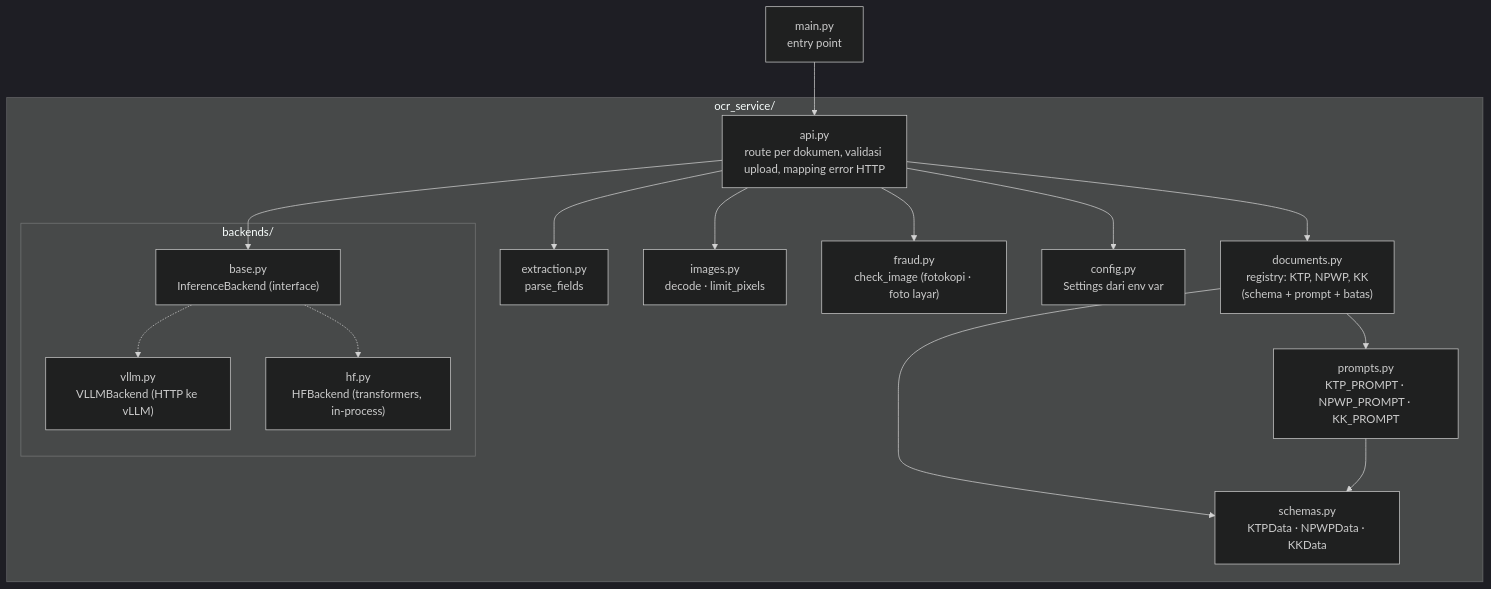
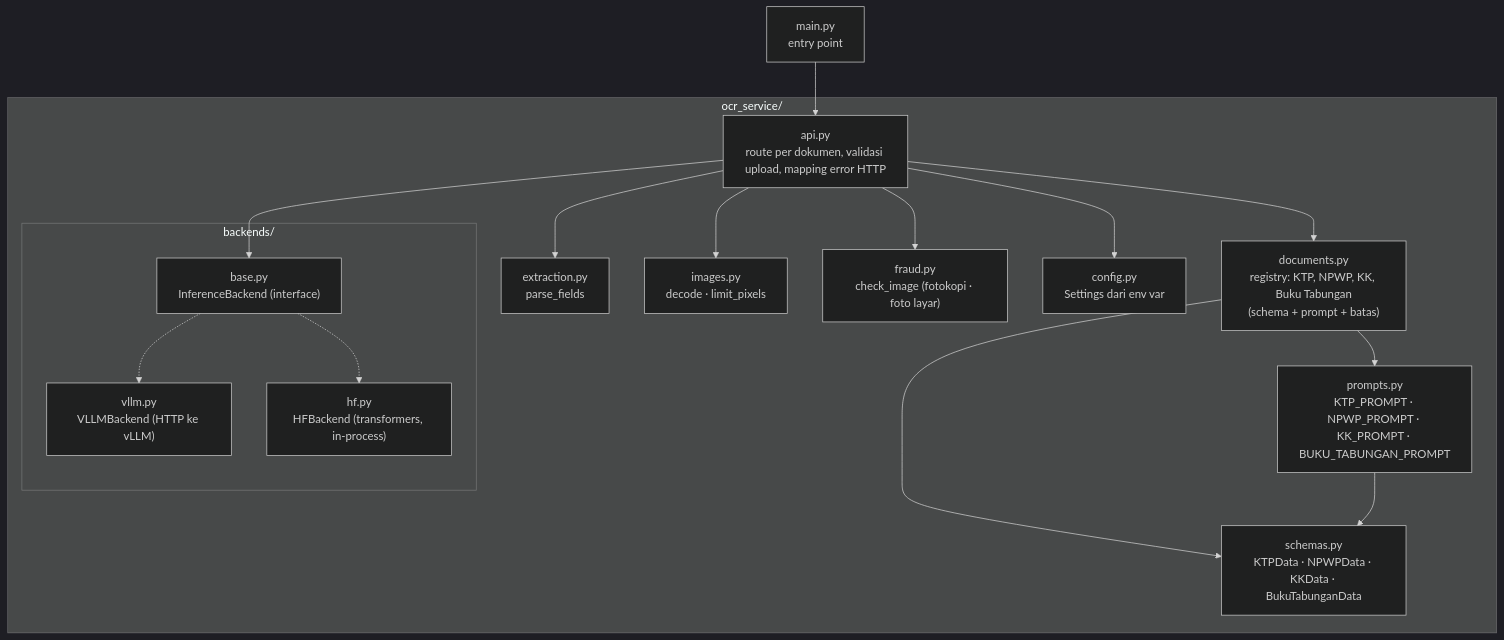
One commit to sivi-shahab/OCR-KTP-NPWP changed the third of 3 diagrams in docs/guide/arsitektur.md. Above: the diagram before and after it, drawn with Mermaid (dark theme). The commit also changed other lines of this file and 9 other files, not shown here.

Commit message:
Add buku-tabungan to every docs page and the README

````diff
--- a/docs/guide/arsitektur.md
+++ b/docs/guide/arsitektur.md
@@ -79,33 +80,33 @@
 ```mermaid
 flowchart TD
     main["main.py<br/>entry point"] --> api
 
     subgraph pkg["ocr_service/"]
         api["api.py<br/>route per dokumen, validasi upload, mapping error HTTP"]
-        docs["documents.py<br/>registry: KTP, NPWP, KK<br/>(schema + prompt + batas)"]
-        prompts["prompts.py<br/>KTP_PROMPT · NPWP_PROMPT · KK_PROMPT"]
+        docs["documents.py<br/>registry: KTP, NPWP, KK, Buku Tabungan<br/>(schema + prompt + batas)"]
+        prompts["prompts.py<br/>KTP_PROMPT · NPWP_PROMPT · KK_PROMPT · BUKU_TABUNGAN_PROMPT"]
         extraction["extraction.py<br/>parse_fields"]
         images["images.py<br/>decode · limit_pixels"]
         fraud["fraud.py<br/>check_image (fotokopi · foto layar)"]
-        schemas["schemas.py<br/>KTPData · NPWPData · KKData"]
+        schemas["schemas.py<br/>KTPData · NPWPData · KKData · BukuTabunganData"]
         config["config.py<br/>Settings dari env var"]
 
         subgraph backends["backends/"]
             base["base.py<br/>InferenceBackend (interface)"]
             vllmb["vllm.py<br/>VLLMBackend (HTTP ke vLLM)"]
             hfb["hf.py<br/>HFBackend (transformers, in-process)"]
         end
     end
 
     api --> docs
     api --> extraction
     api --> images
     api --> fraud
     api --> config
     api --> base
     docs --> schemas
     docs --> prompts
     prompts --> schemas
     base -.-> vllmb
     base -.-> hfb
 ```
````
